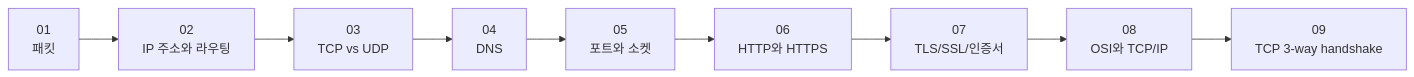
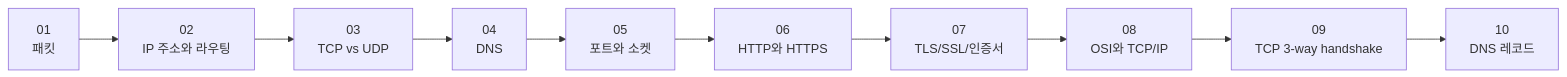
One commit to kmj8843/blog changed the diagram in docs/Network/index.md. Above: the diagram before and after it, drawn with Mermaid. The commit also changed other lines of this file and 3 other files, not shown here.

````diff
--- a/docs/Network/index.md
+++ b/docs/Network/index.md
@@ -30,11 +30,12 @@
 ```mermaid
 flowchart LR
     A[01<br/>패킷] --> B[02<br/>IP 주소와 라우팅]
     B --> C[03<br/>TCP vs UDP]
     C --> D[04<br/>DNS]
     D --> E[05<br/>포트와 소켓]
     E --> F[06<br/>HTTP와 HTTPS]
     F --> G[07<br/>TLS/SSL/인증서]
     G --> H[08<br/>OSI와 TCP/IP]
     H --> I[09<br/>TCP 3-way handshake]
+    I --> J[10<br/>DNS 레코드]
 ```
````
